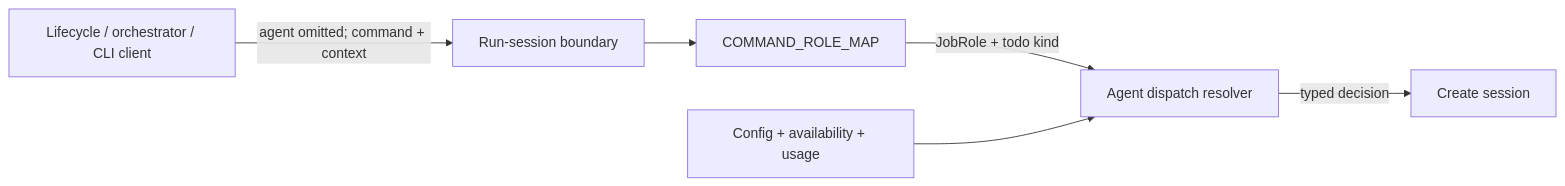
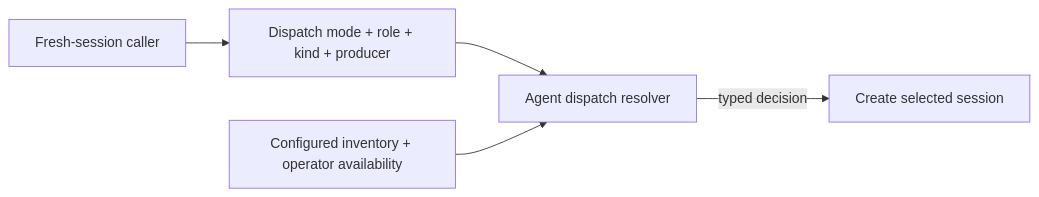
One commit to InstruktAI/TeleClaude changed the first of 2 diagrams in docs/project/design/architecture/agent-dispatch.md. Above: the diagram before and after it, drawn with Mermaid. The commit also changed other lines of this file and 3 other files, not shown here.

````diff
--- a/docs/project/design/architecture/agent-dispatch.md
+++ b/docs/project/design/architecture/agent-dispatch.md
@@ -111,15 +105,12 @@
 ```mermaid
 flowchart LR
-    Caller[Lifecycle / orchestrator / CLI client]
-    Run[Run-session boundary]
-    Roles[COMMAND_ROLE_MAP]
+    Caller[Fresh-session caller]
+    Context[Dispatch mode + role + kind + producer]
     Resolver[Agent dispatch resolver]
-    State[Config + availability + usage]
-    Create[Create session]
+    State[Configured inventory + operator availability]
+    Create[Create selected session]
 
-    Caller -->|agent omitted; command + context| Run
-    Run --> Roles
-    Roles -->|JobRole + todo kind| Resolver
+    Caller --> Context --> Resolver
     State --> Resolver
     Resolver -->|typed decision| Create
 ```
````
